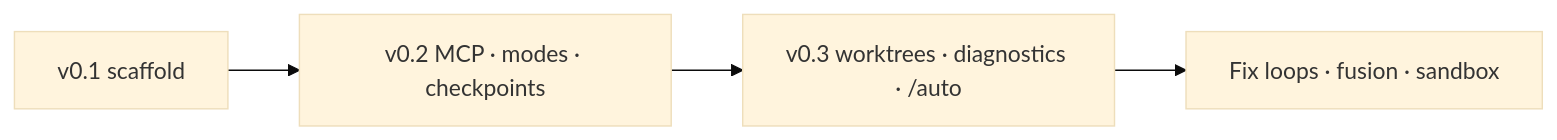
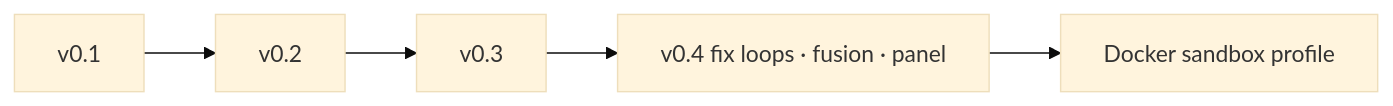
Before and after one commit to ccoussa717/alloy: the sixth of 8 diagrams in README.md, drawn with Mermaid (base theme). The commit also changed other lines of this file and 11 other files, not shown here.

First line of the commit message:
v0.4: fix loops, multi-model fusion, and live agent panel.

````diff
--- a/README.md
+++ b/README.md
@@ -398,8 +402,5 @@
 ```mermaid
 flowchart LR
-  V01["v0.1 scaffold"]
-  V02["v0.2 MCP · modes · checkpoints"]
-  V03["v0.3 worktrees · diagnostics · /auto"]
-  B4["Fix loops · fusion · sandbox"]
-  V01 --> V02 --> V03 --> B4
+  V01["v0.1"] --> V02["v0.2"] --> V03["v0.3"] --> V04["v0.4 fix loops · fusion · panel"]
+  V04 --> B5["Docker sandbox profile"]
 ```
````
